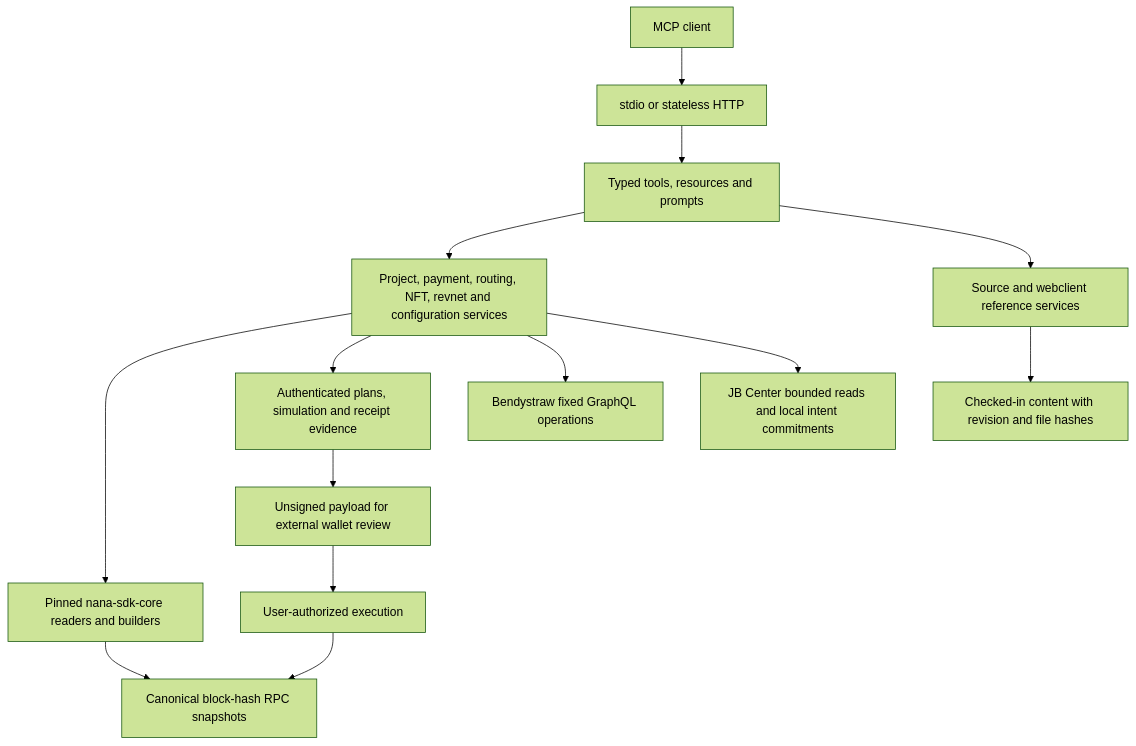
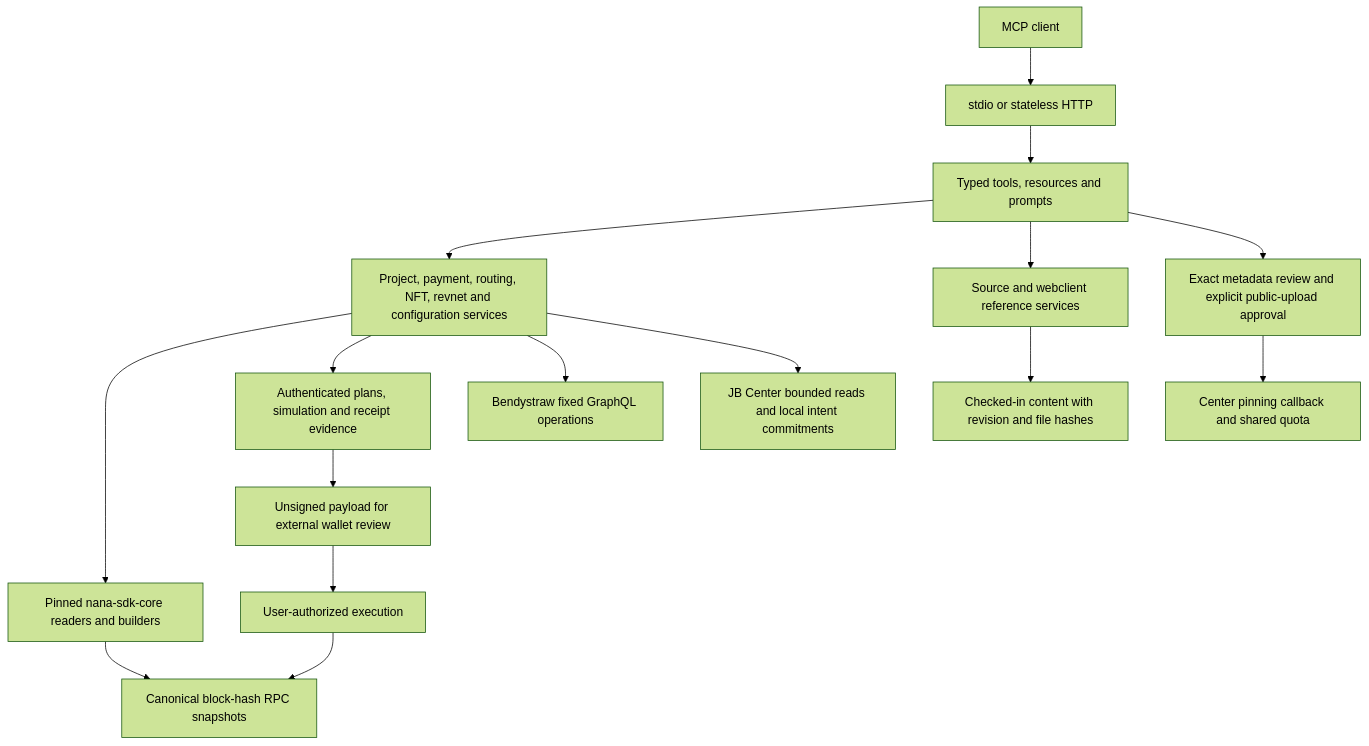
The diagram in mcp/docs/ARCHITECTURE.md (mejango/jbcenter), drawn with Mermaid (forest theme) before and after one commit. The commit also changed other lines of this file and 52 other files, not shown here.

Commit message:
Host V6-only MCP in Center with reviewed metadata publication

````diff
--- a/mcp/docs/ARCHITECTURE.md
+++ b/mcp/docs/ARCHITECTURE.md
@@ -5,16 +5,18 @@
 ```mermaid
 flowchart TD
   Client[MCP client] --> Transport[stdio or stateless HTTP]
   Transport --> Tools[Typed tools, resources and prompts]
   Tools --> Services[Project, payment, routing, NFT, revnet and configuration services]
   Tools --> References[Source and webclient reference services]
+  Tools --> Metadata[Exact metadata review and explicit public-upload approval]
+  Metadata --> Pinning[Center pinning callback and shared quota]
   Services --> SDK[Pinned nana-sdk-core readers and builders]
   Services --> Plans[Authenticated plans, simulation and receipt evidence]
   SDK --> RPC[Canonical block-hash RPC snapshots]
   Services --> Indexer[Bendystraw fixed GraphQL operations]
   Services --> Center[JB Center bounded reads and local intent commitments]
   References --> Bundles[Checked-in content with revision and file hashes]
   Plans --> Wallet[Unsigned payload for external wallet review]
   Wallet --> Chain[User-authorized execution]
   Chain --> RPC
 ```
````
